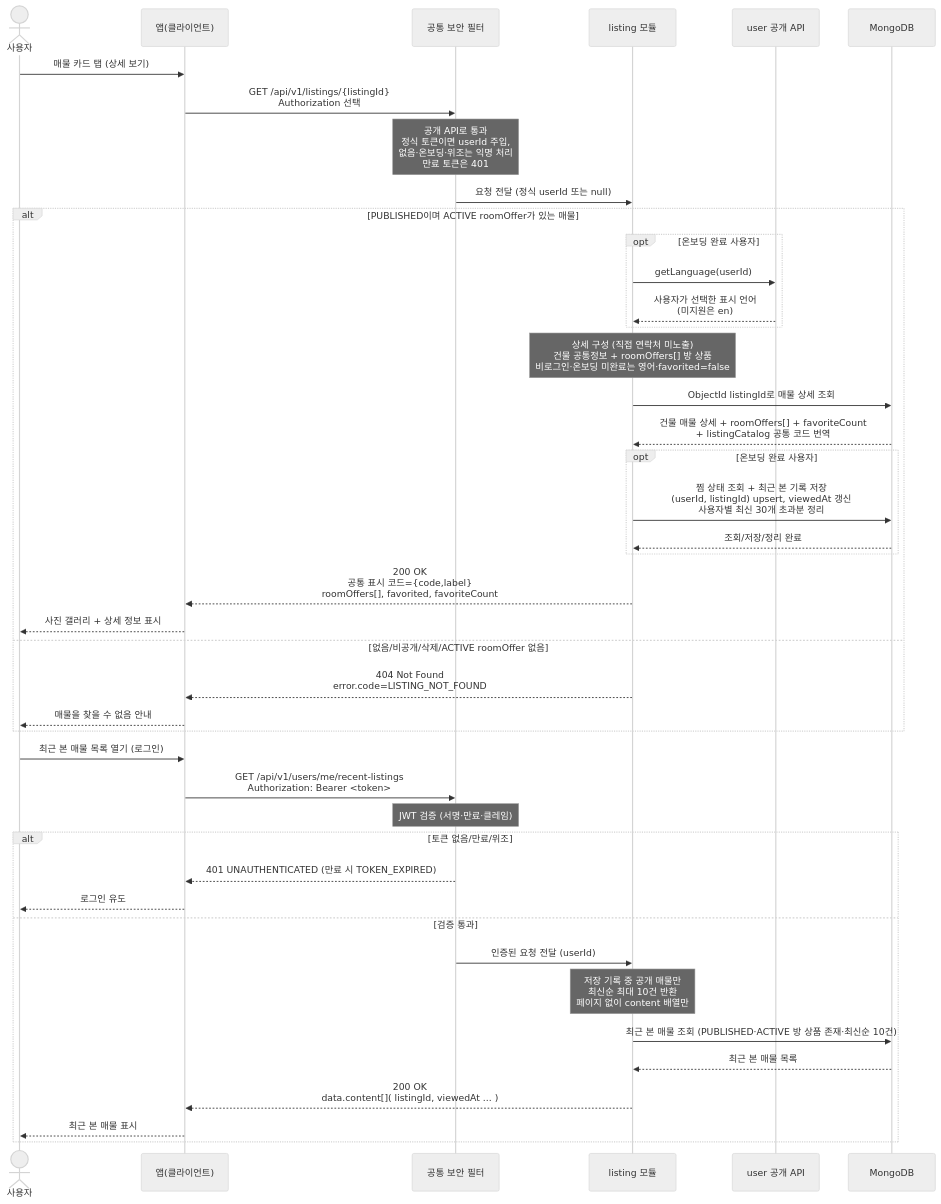
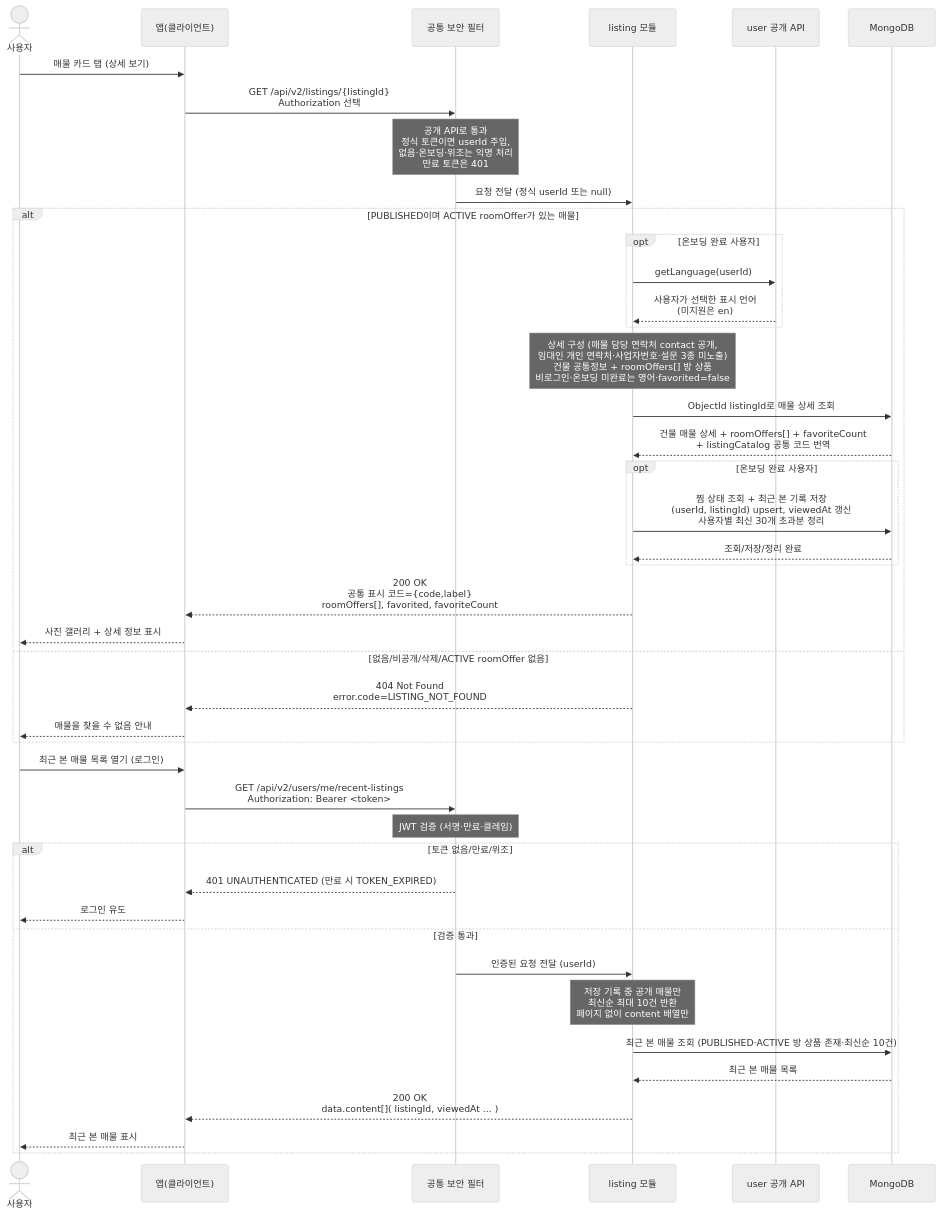
The diagram in docs/architecture/sequence-diagrams/03-listings-favorites/us-3-4-listing-detail-recent-viewed.md (jameskim9509/Kohere-backend), drawn with Mermaid (neutral theme) before and after one commit. The commit also changed other lines of this file and 210 other files, not shown here.

First line of the commit message:
feat(listing): 매물 등록 API·사진 업로드와 스키마 v4, 조회 v2 이관 (#222)

````diff
--- a/docs/architecture/sequence-diagrams/03-listings-favorites/us-3-4-listing-detail-recent-viewed.md
+++ b/docs/architecture/sequence-diagrams/03-listings-favorites/us-3-4-listing-detail-recent-viewed.md
@@ -5,46 +7,46 @@
 ```mermaid
 sequenceDiagram
     actor U as 사용자
     participant C as 앱(클라이언트)
     participant SEC as 공통 보안 필터
     participant LIST as listing 모듈
     participant USER as user 공개 API
     participant DB as MongoDB
 
     U->>C: 매물 카드 탭 (상세 보기)
-    C->>SEC: GET /api/v1/listings/{listingId}<br/>Authorization 선택
+    C->>SEC: GET /api/v2/listings/{listingId}<br/>Authorization 선택
     Note over SEC: 공개 API로 통과<br/>정식 토큰이면 userId 주입,<br/>없음·온보딩·위조는 익명 처리<br/>만료 토큰은 401
     SEC->>LIST: 요청 전달 (정식 userId 또는 null)
     alt PUBLISHED이며 ACTIVE roomOffer가 있는 매물
         opt 온보딩 완료 사용자
             LIST->>USER: getLanguage(userId)
             USER-->>LIST: 사용자가 선택한 표시 언어<br/>(미지원은 en)
         end
-        Note over LIST: 상세 구성 (직접 연락처 미노출)<br/>건물 공통정보 + roomOffers[] 방 상품<br/>비로그인·온보딩 미완료는 영어·favorited=false
+        Note over LIST: 상세 구성 (매물 담당 연락처 contact 공개,<br/>임대인 개인 연락처·사업자번호·설문 3종 미노출)<br/>건물 공통정보 + roomOffers[] 방 상품<br/>비로그인·온보딩 미완료는 영어·favorited=false
         LIST->>DB: ObjectId listingId로 매물 상세 조회
         DB-->>LIST: 건물 매물 상세 + roomOffers[] + favoriteCount<br/>+ listingCatalog 공통 코드 번역
         opt 온보딩 완료 사용자
             LIST->>DB: 찜 상태 조회 + 최근 본 기록 저장<br/>(userId, listingId) upsert, viewedAt 갱신<br/>사용자별 최신 30개 초과분 정리
             DB-->>LIST: 조회/저장/정리 완료
         end
         LIST-->>C: 200 OK<br/>공통 표시 코드={code,label}<br/>roomOffers[], favorited, favoriteCount
         C-->>U: 사진 갤러리 + 상세 정보 표시
     else 없음/비공개/삭제/ACTIVE roomOffer 없음
         LIST-->>C: 404 Not Found<br/>error.code=LISTING_NOT_FOUND
         C-->>U: 매물을 찾을 수 없음 안내
     end
     U->>C: 최근 본 매물 목록 열기 (로그인)
-    C->>SEC: GET /api/v1/users/me/recent-listings<br/>Authorization: Bearer <token>
+    C->>SEC: GET /api/v2/users/me/recent-listings<br/>Authorization: Bearer <token>
     Note over SEC: JWT 검증 (서명·만료·클레임)
     alt 토큰 없음/만료/위조
         SEC-->>C: 401 UNAUTHENTICATED (만료 시 TOKEN_EXPIRED)
         C-->>U: 로그인 유도
     else 검증 통과
         SEC->>LIST: 인증된 요청 전달 (userId)
         Note over LIST: 저장 기록 중 공개 매물만<br/>최신순 최대 10건 반환<br/>페이지 없이 content 배열만
         LIST->>DB: 최근 본 매물 조회 (PUBLISHED·ACTIVE 방 상품 존재·최신순 10건)
         DB-->>LIST: 최근 본 매물 목록
         LIST-->>C: 200 OK<br/>data.content[]( listingId, viewedAt ... )
         C-->>U: 최근 본 매물 표시
     end
 ```
````
